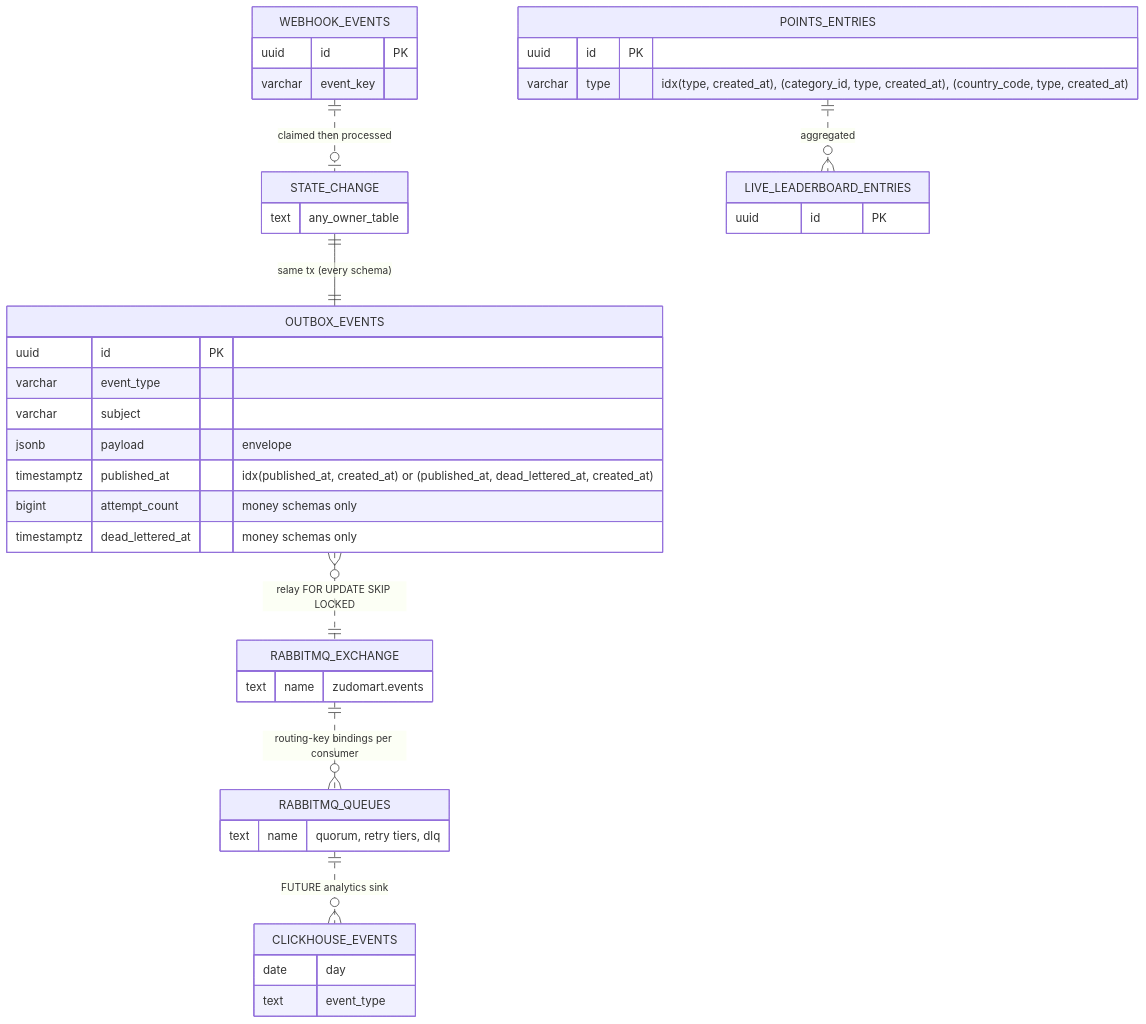
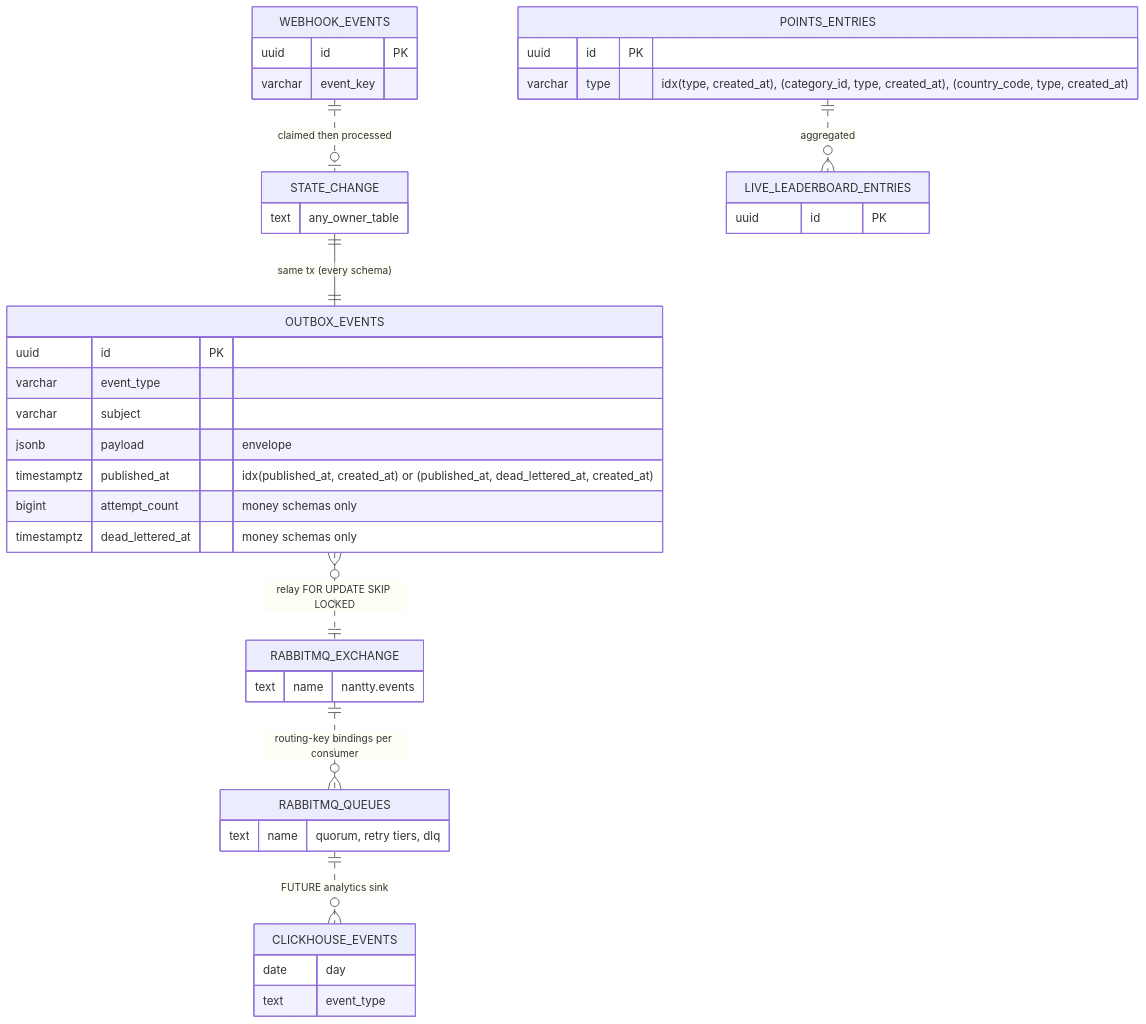
The tenth of 11 diagrams in docs/database/schema.md (telente-technologies/nantty), drawn with Mermaid before and after one commit. The commit also changed 46 other files, not shown here.

Commit message:
docs: rebrand and update architecture, database, and integration guides

````diff
--- a/docs/database/schema.md
+++ b/docs/database/schema.md
@@ -830,43 +830,43 @@
 ```mermaid
 erDiagram
   STATE_CHANGE ||--|| OUTBOX_EVENTS : "same tx (every schema)"
   OUTBOX_EVENTS }o..|| RABBITMQ_EXCHANGE : "relay FOR UPDATE SKIP LOCKED"
   RABBITMQ_EXCHANGE ||..o{ RABBITMQ_QUEUES : "routing-key bindings per consumer"
   RABBITMQ_QUEUES ||..o{ CLICKHOUSE_EVENTS : "FUTURE analytics sink"
   WEBHOOK_EVENTS ||..o| STATE_CHANGE : "claimed then processed"
   POINTS_ENTRIES ||..o{ LIVE_LEADERBOARD_ENTRIES : "aggregated"
 
   STATE_CHANGE {
     text any_owner_table
   }
   OUTBOX_EVENTS {
     uuid id PK
     varchar event_type
     varchar subject
     jsonb payload "envelope"
     timestamptz published_at "idx(published_at, created_at) or (published_at, dead_lettered_at, created_at)"
     bigint attempt_count "money schemas only"
     timestamptz dead_lettered_at "money schemas only"
   }
   WEBHOOK_EVENTS {
     uuid id PK
     varchar event_key
   }
   POINTS_ENTRIES {
     uuid id PK
     varchar type "idx(type, created_at), (category_id, type, created_at), (country_code, type, created_at)"
   }
   LIVE_LEADERBOARD_ENTRIES {
     uuid id PK
   }
   RABBITMQ_EXCHANGE {
-    text name "zudomart.events"
+    text name "nantty.events"
   }
   RABBITMQ_QUEUES {
     text name "quorum, retry tiers, dlq"
   }
   CLICKHOUSE_EVENTS {
     date day
     text event_type
   }
 ```
````
